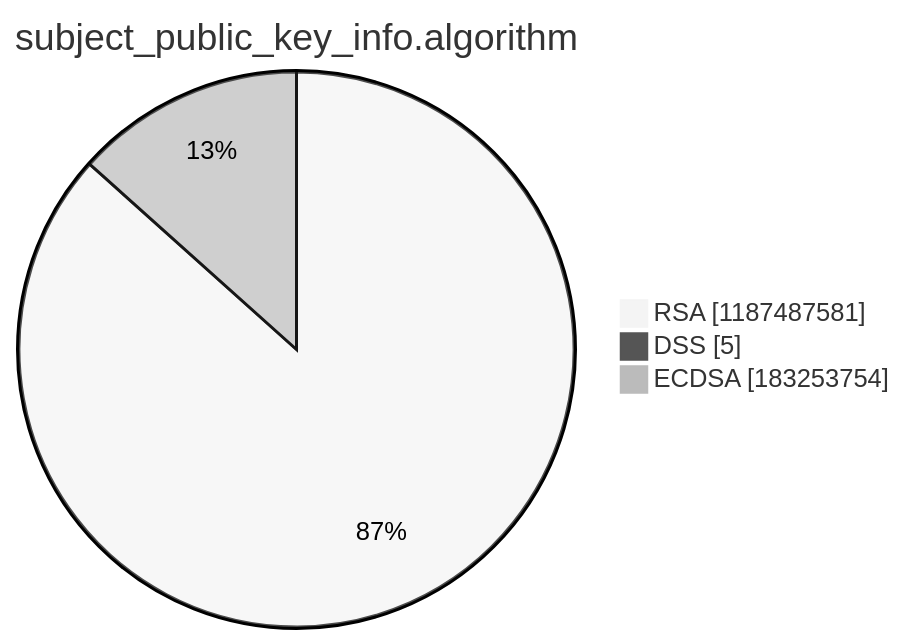
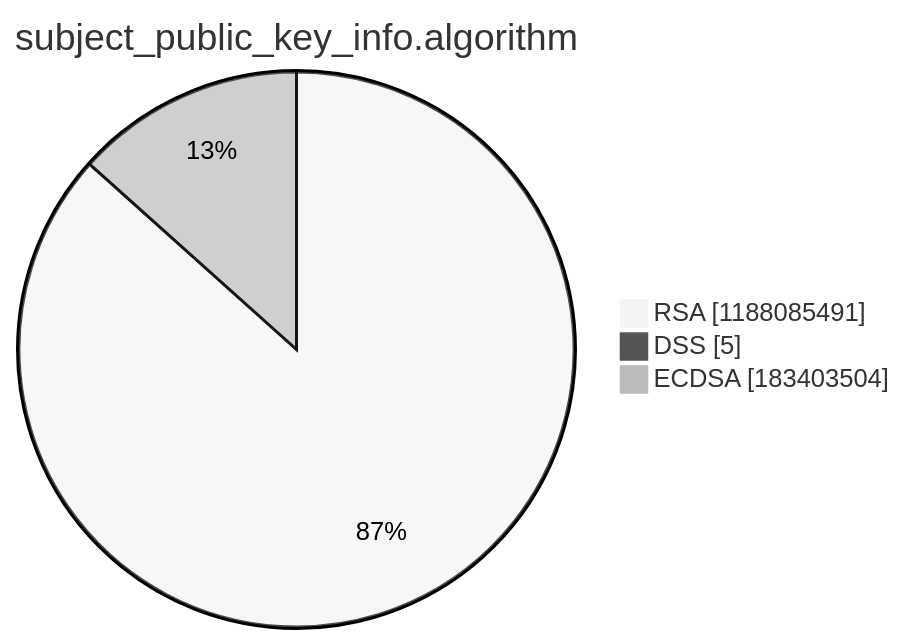
One commit to christiankrug/ctmonitor_visualization changed the third of 15 diagrams in argon2022/README.md. Above: the diagram before and after it, drawn with Mermaid (neutral theme). The commit also changed other lines of this file, not shown here.

````diff
--- a/argon2022/README.md
+++ b/argon2022/README.md
@@ -14,7 +14,7 @@
 ```mermaid
 pie showData
 title subject_public_key_info.algorithm
-"RSA" :1187487581
+"RSA" :1188085491
 "DSS" :5
-"ECDSA" :183253754
+"ECDSA" :183403504
 ```
````
